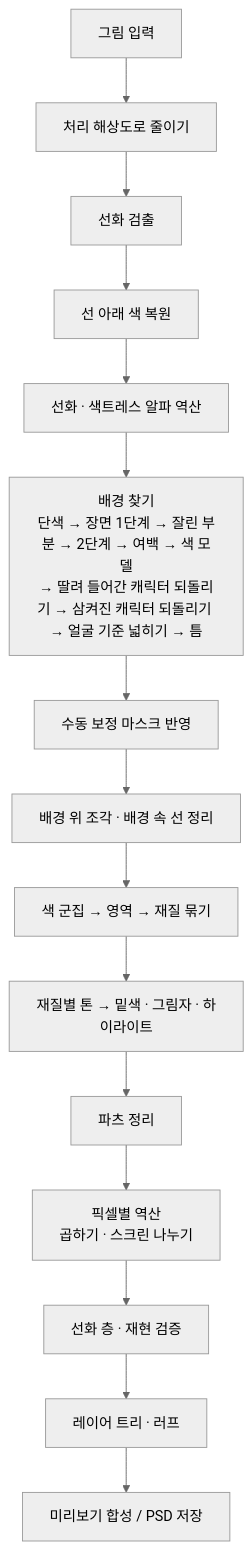
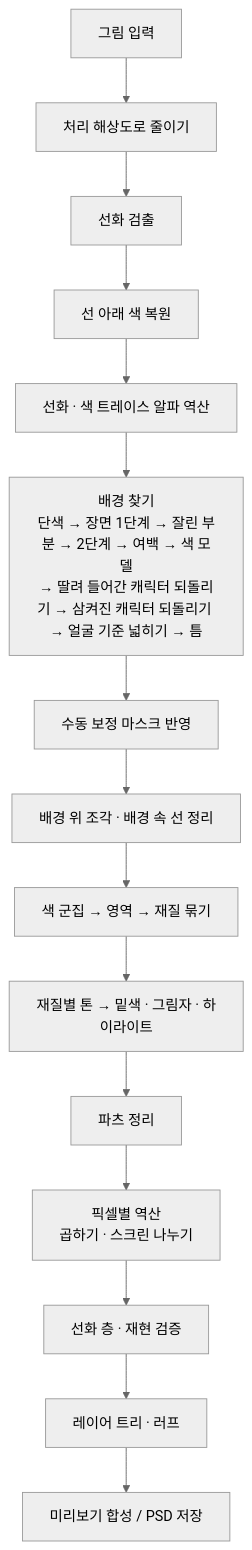
One commit to Velvitty/Illustracy changed the diagram in README.md. Above: the diagram before and after it, drawn with Mermaid (neutral theme). The commit also changed other lines of this file and 1 other file, not shown here.

First line of the commit message:
Rename 색트레스 to 색 트레이스 (UI, PSD layer name, README)

````diff
--- a/README.md
+++ b/README.md
@@ -247,17 +247,17 @@
 ```mermaid
 flowchart TD
   A[그림 입력] --> B[처리 해상도로 줄이기]
   B --> C[선화 검출]
   C --> D[선 아래 색 복원]
-  D --> E[선화 · 색트레스 알파 역산]
+  D --> E[선화 · 색 트레이스 알파 역산]
   E --> F[배경 찾기<br/>단색 → 장면 1단계 → 잘린 부분 → 2단계 → 여백 → 색 모델<br/>→ 딸려 들어간 캐릭터 되돌리기 → 삼켜진 캐릭터 되돌리기 → 얼굴 기준 넓히기 → 틈]
   F --> G[수동 보정 마스크 반영]
   G --> H[배경 위 조각 · 배경 속 선 정리]
   H --> I[색 군집 → 영역 → 재질 묶기]
   I --> J[재질별 톤 → 밑색 · 그림자 · 하이라이트]
   J --> K[파츠 정리]
   K --> L[픽셀별 역산<br/>곱하기 · 스크린 나누기]
   L --> M[선화 층 · 재현 검증]
   M --> N[레이어 트리 · 러프]
   N --> O[미리보기 합성 / PSD 저장]
 ```
````
